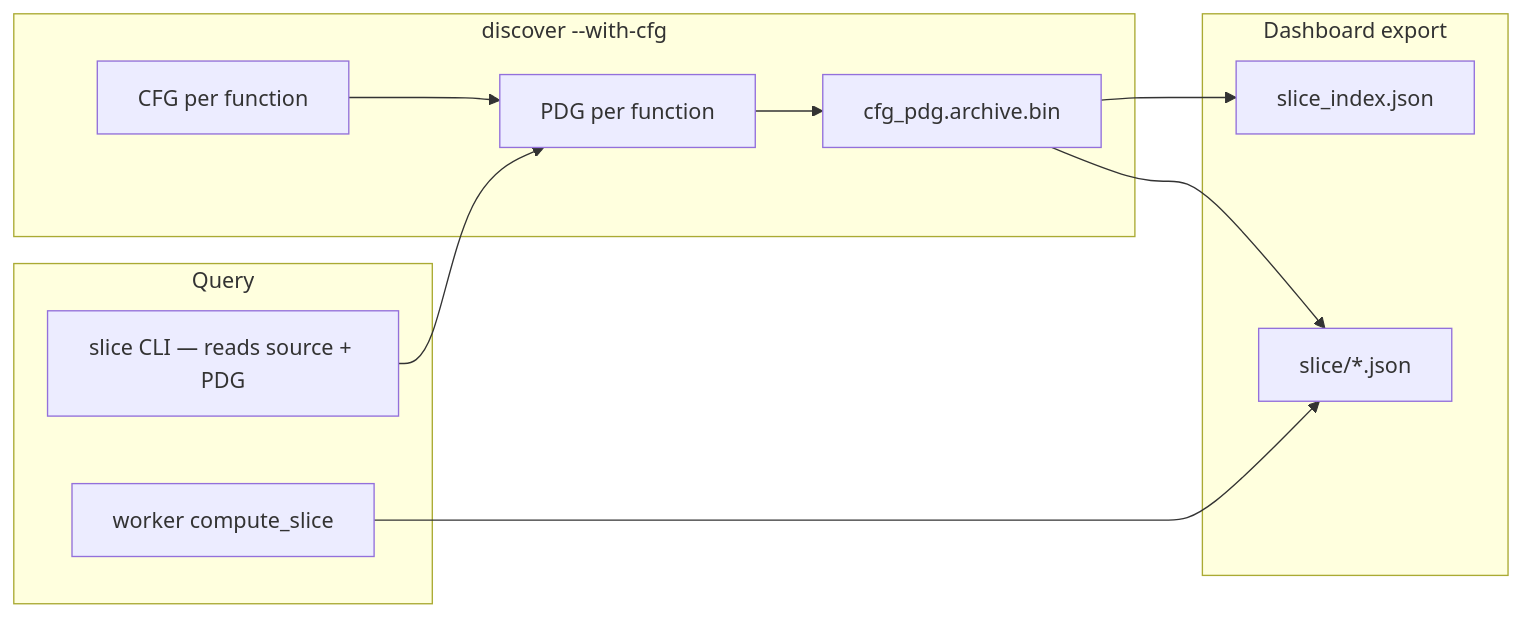
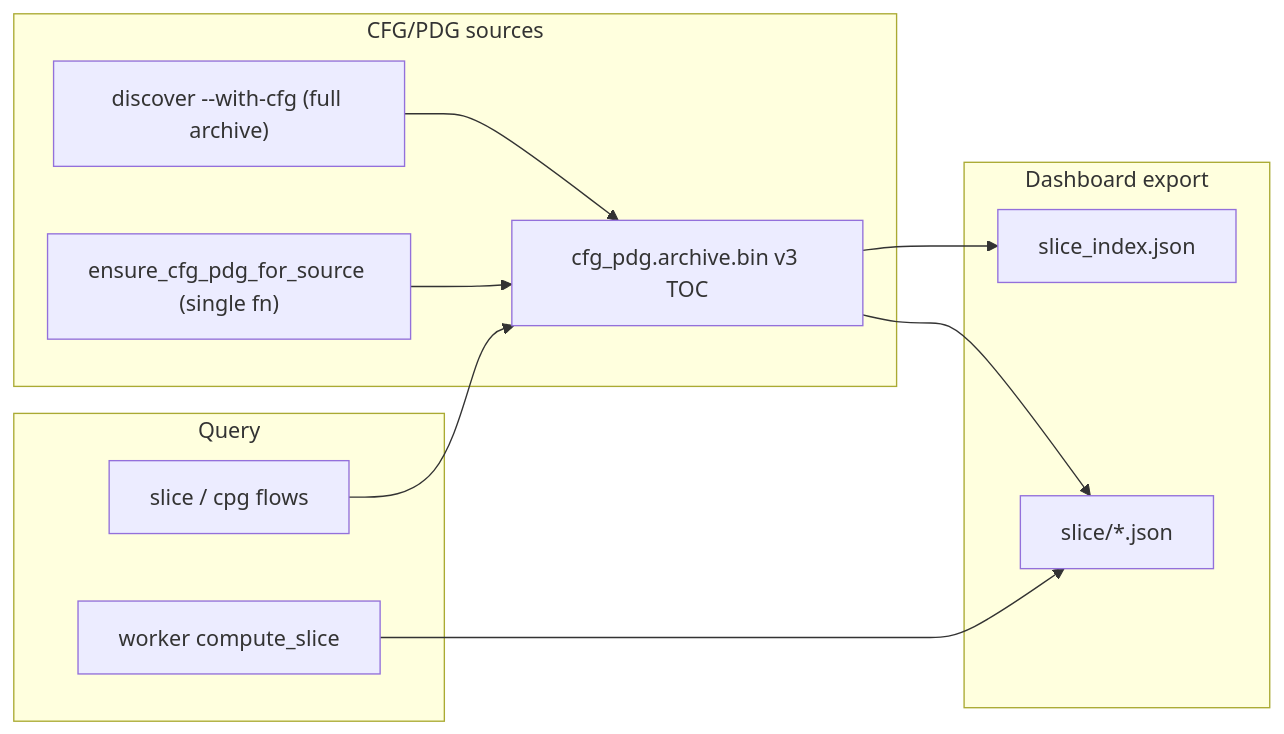
One commit to l3acon/rgctl changed the diagram in docs/design/program-slicing-design.md. Above: the diagram before and after it, drawn with Mermaid. The commit also changed other lines of this file and 79 other files, not shown here.

````diff
--- a/docs/design/program-slicing-design.md
+++ b/docs/design/program-slicing-design.md
@@ -26,23 +27,24 @@
 ```mermaid
 flowchart LR
-  subgraph discover["discover --with-cfg"]
-    CFG[CFG per function]
-    PDG[PDG per function]
-    ARC[cfg_pdg.archive.bin]
-    CFG --> PDG --> ARC
+  subgraph sources["CFG/PDG sources"]
+    DISC["discover --with-cfg (full archive)"]
+    LAZY["ensure_cfg_pdg_for_source (single fn)"]
+    ARC["cfg_pdg.archive.bin v3 TOC"]
+    DISC --> ARC
+    LAZY --> ARC
   end
 
   subgraph export["Dashboard export"]
     SI[slice_index.json]
     SB[slice/*.json]
     ARC --> SI
     ARC --> SB
   end
 
   subgraph runtime["Query"]
-    CLI[slice CLI — reads source + PDG]
+    CLI[slice / cpg flows]
     WASM[worker compute_slice]
-    CLI --> PDG
+    CLI --> ARC
     WASM --> SB
   end
 ```
````
